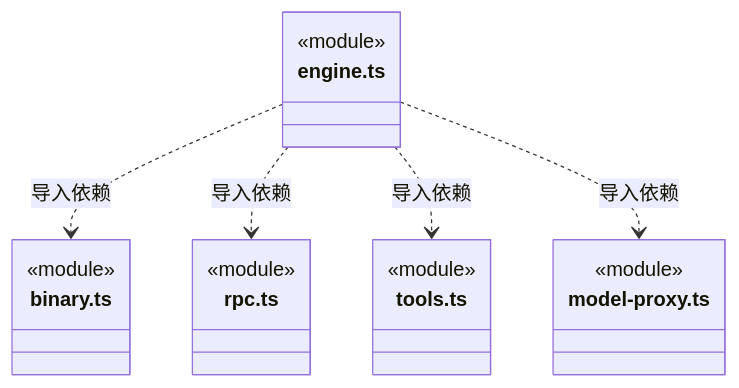
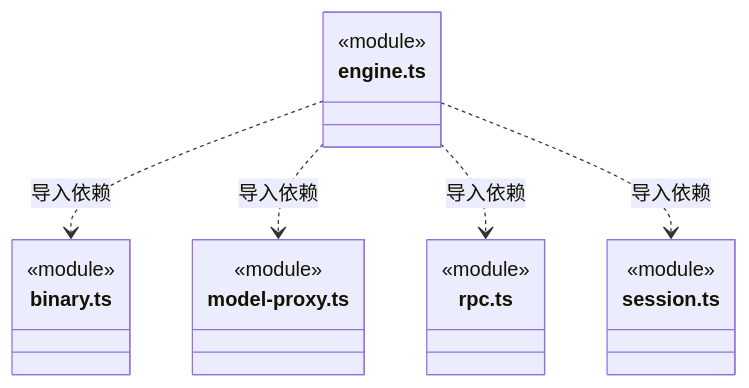
One commit to nan023062/cbim changed diagram 12 of 13 in src/logic/execution/engines/codex/ARCHITECTURE.md. Above: the diagram before and after it, drawn with Mermaid. The commit also changed other lines of this file and 112 other files, not shown here.

Commit message:
docs: align source architecture with current declarations and contracts

````diff
--- a/src/logic/execution/engines/codex/ARCHITECTURE.md
+++ b/src/logic/execution/engines/codex/ARCHITECTURE.md
@@ -353,22 +354,22 @@
 ```mermaid
 classDiagram
 class N_src_logic_execution_engines_codex_engine_ts["engine.ts"] {
   <<module>>
 }
 class N_src_logic_execution_engines_codex_binary_ts["binary.ts"] {
   <<module>>
 }
+class N_src_logic_execution_engines_codex_model_proxy_ts["model-proxy.ts"] {
+  <<module>>
+}
 class N_src_logic_execution_engines_codex_rpc_ts["rpc.ts"] {
   <<module>>
 }
-class N_src_logic_execution_engines_codex_tools_ts["tools.ts"] {
-  <<module>>
-}
-class N_src_logic_execution_engines_codex_model_proxy_ts["model-proxy.ts"] {
+class N_src_logic_execution_engines_codex_session_ts["session.ts"] {
   <<module>>
 }
 N_src_logic_execution_engines_codex_engine_ts ..> N_src_logic_execution_engines_codex_binary_ts : 导入依赖
+N_src_logic_execution_engines_codex_engine_ts ..> N_src_logic_execution_engines_codex_model_proxy_ts : 导入依赖
 N_src_logic_execution_engines_codex_engine_ts ..> N_src_logic_execution_engines_codex_rpc_ts : 导入依赖
-N_src_logic_execution_engines_codex_engine_ts ..> N_src_logic_execution_engines_codex_tools_ts : 导入依赖
-N_src_logic_execution_engines_codex_engine_ts ..> N_src_logic_execution_engines_codex_model_proxy_ts : 导入依赖
+N_src_logic_execution_engines_codex_engine_ts ..> N_src_logic_execution_engines_codex_session_ts : 导入依赖
 ```
````
